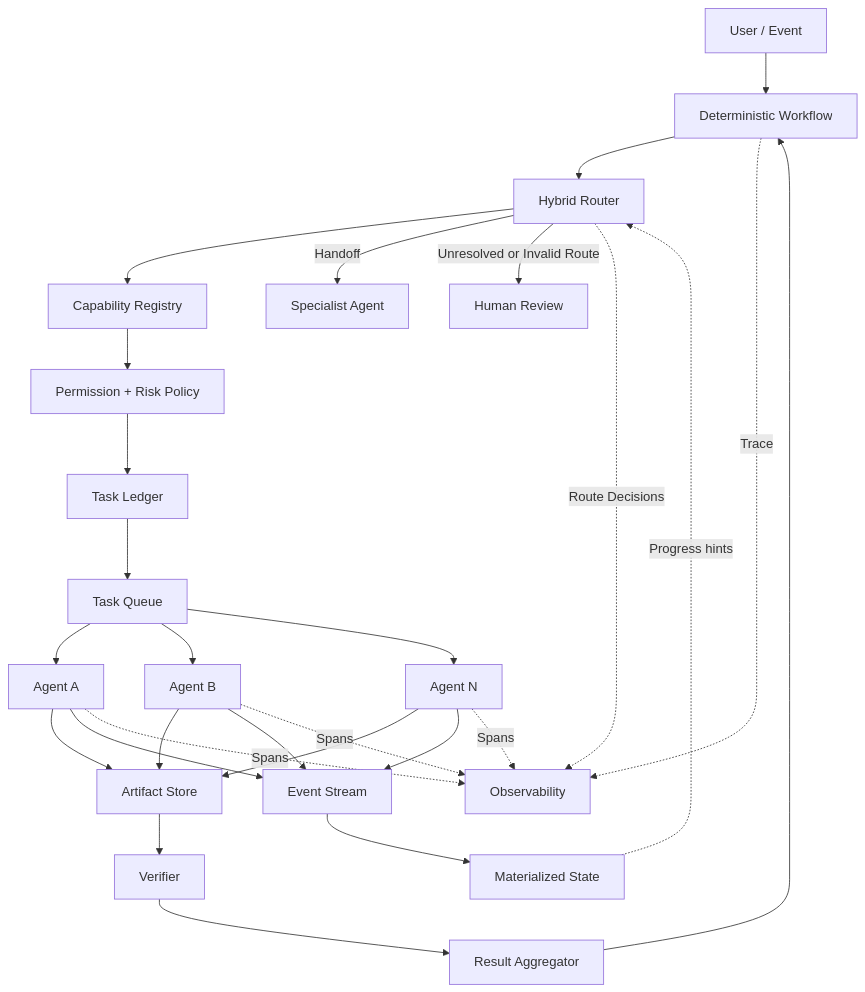
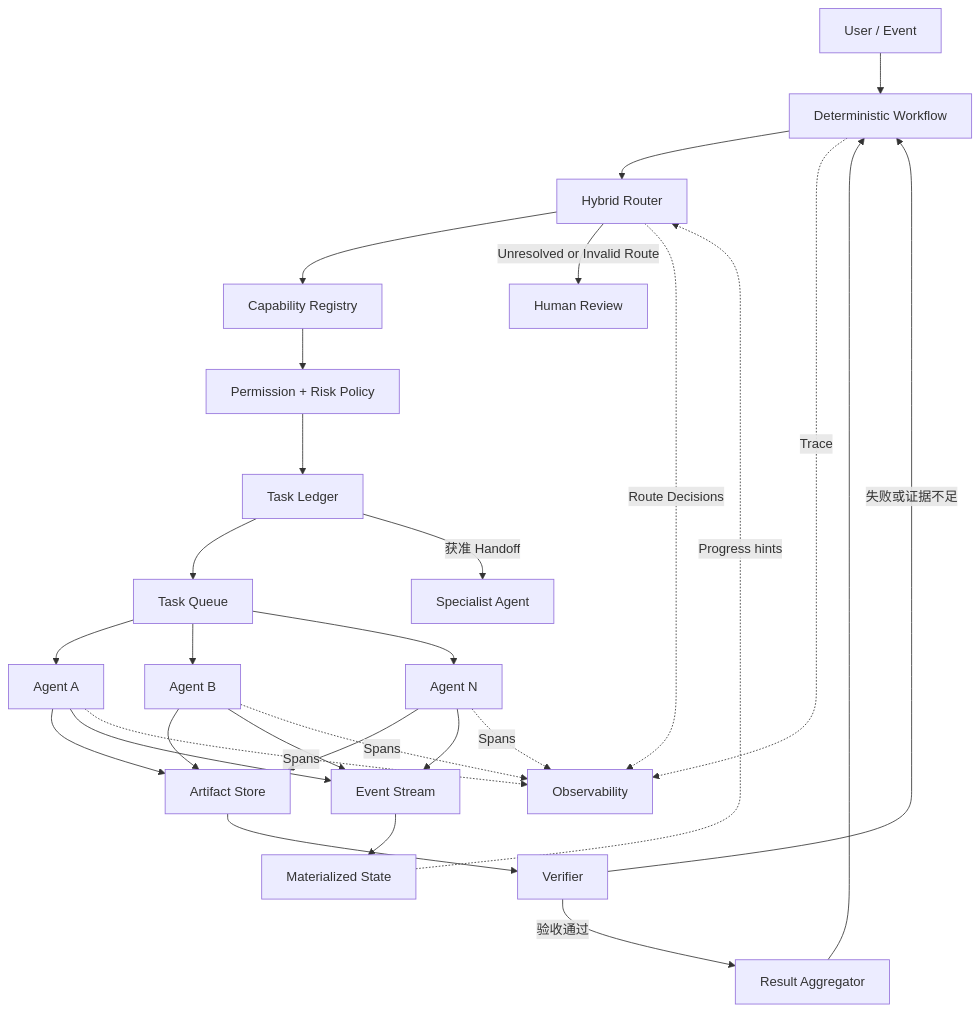
Diagram 24 of 24 in docs/agent/04-multi-agent/13-multi-agent-coordination.md (oneleaveknowsthefall/awesome-ai-roadmap), drawn with Mermaid before and after one commit. The commit also changed other lines of this file and 34 other files, not shown here.

````diff
--- a/docs/agent/04-multi-agent/13-multi-agent-coordination.md
+++ b/docs/agent/04-multi-agent/13-multi-agent-coordination.md
@@ -1281,37 +1296,38 @@
 ```mermaid
 flowchart TB
     INPUT[User / Event] --> WF[Deterministic Workflow]
     WF --> ROUTER[Hybrid Router]
 
     ROUTER --> REG[Capability Registry]
     REG --> POLICY[Permission + Risk Policy]
     POLICY --> LEDGER[Task Ledger]
 
     LEDGER --> QUEUE[Task Queue]
     QUEUE --> A1[Agent A]
     QUEUE --> A2[Agent B]
     QUEUE --> AN[Agent N]
 
     A1 --> ART[Artifact Store]
     A2 --> ART
     AN --> ART
 
     A1 --> EVENTS[Event Stream]
     A2 --> EVENTS
     AN --> EVENTS
 
     EVENTS --> STATE[Materialized State]
     STATE -.Progress hints.-> ROUTER
     ART --> VERIFY[Verifier]
-    VERIFY --> JOIN[Result Aggregator]
+    VERIFY -->|验收通过| JOIN[Result Aggregator]
+    VERIFY -->|失败或证据不足| WF
     JOIN --> WF
 
-    ROUTER -->|Handoff| SPECIAL[Specialist Agent]
+    LEDGER -->|获准 Handoff| SPECIAL[Specialist Agent]
     ROUTER -->|Unresolved or Invalid Route| HUMAN[Human Review]
 
     WF -.Trace.-> OBS[Observability]
     ROUTER -.Route Decisions.-> OBS
     A1 -.Spans.-> OBS
     A2 -.Spans.-> OBS
     AN -.Spans.-> OBS
 ```
````
